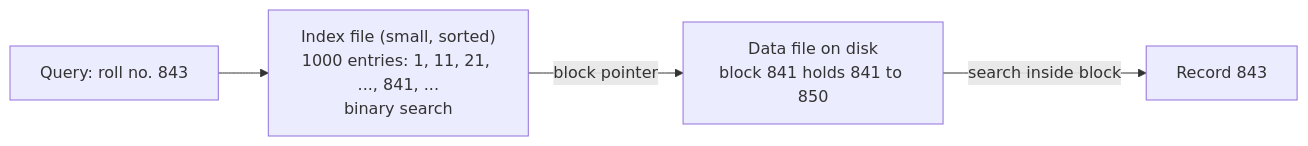
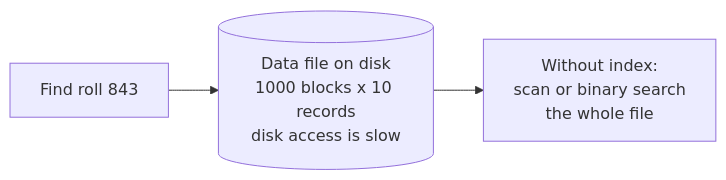
The first of 7 diagrams in dbms/14-indexing.md (aaryan-pradhan/core-cs-fundamentals), drawn with Mermaid before and after one commit. The commit also changed other lines of this file, not shown here.

````diff
--- a/dbms/14-indexing.md
+++ b/dbms/14-indexing.md
@@ -21,6 +9,5 @@
 ```mermaid
 flowchart LR
-  Q["Query: roll no. 843"] --> I["Index file (small, sorted)<br/>1000 entries: 1, 11, 21, ..., 841, ...<br/>binary search"]
-  I -- "block pointer" --> B["Data file on disk<br/>block 841 holds 841 to 850"]
-  B -- "search inside block" --> R["Record 843"]
+  Q["Find roll 843"] --> F[("Data file on disk<br/>1000 blocks x 10 records<br/>disk access is slow")]
+  F --> S["Without index:<br/>scan or binary search<br/>the whole file"]
 ```
````
